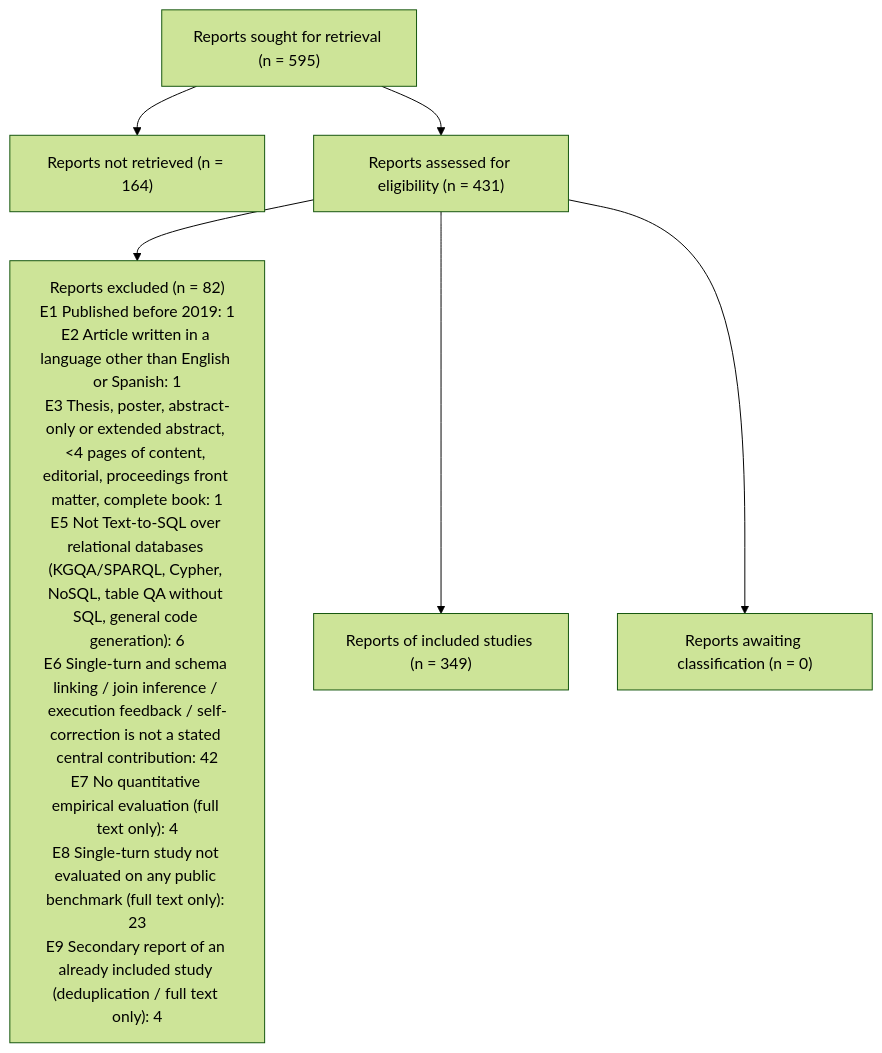
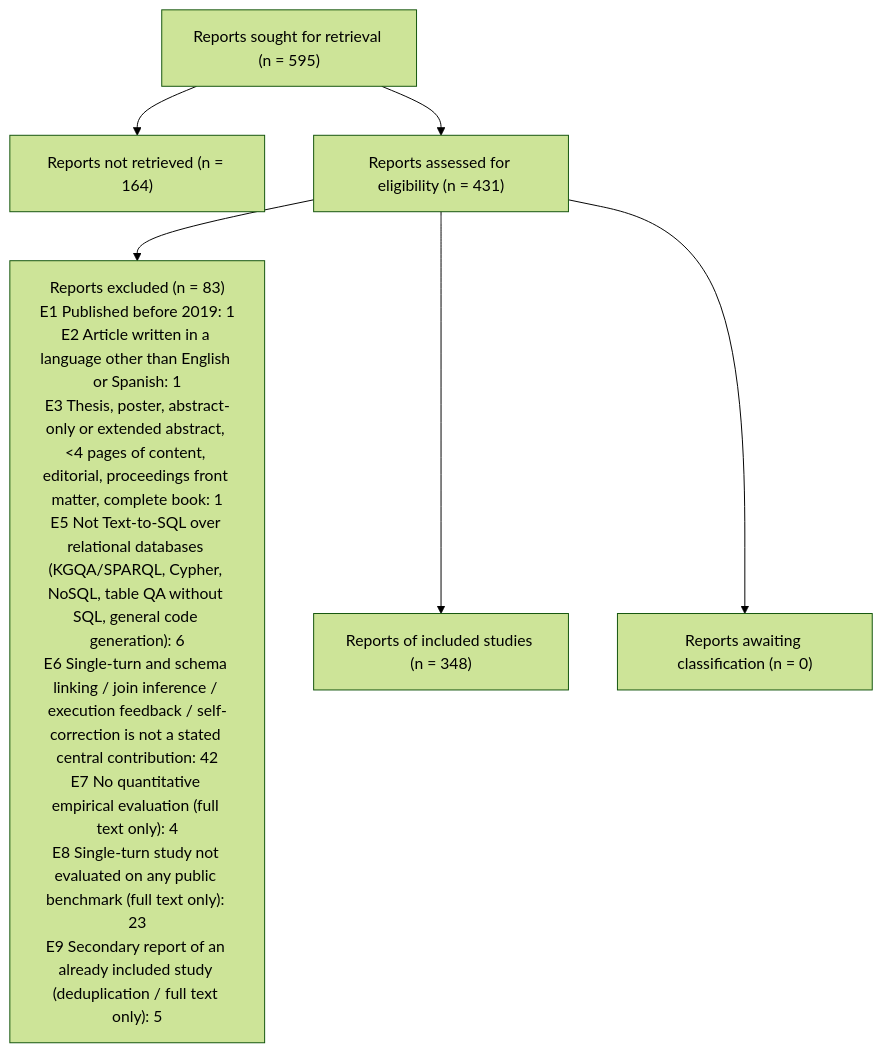
Before and after one commit to angel4luu/rsl-text-to-sql-multiturno: the diagram in slr/cribado/Screening_FT/FT_prisma_counts.md, drawn with Mermaid (forest theme). The commit also changed other lines of this file and 126 other files, not shown here.

````diff
--- a/slr/cribado/Screening_FT/FT_prisma_counts.md
+++ b/slr/cribado/Screening_FT/FT_prisma_counts.md
@@ -3,14 +3,14 @@
 ```mermaid
 flowchart TD
   F["Reports sought for retrieval (n = 595)"]
   N["Reports not retrieved (n = 164)"]
   E["Reports assessed for eligibility (n = 431)"]
-  X["Reports excluded (n = 82)<br/>E1 Published before 2019: 1<br/>E2 Article written in a language other than English or Spanish: 1<br/>E3 Thesis, poster, abstract-only or extended abstract, <4 pages of content, editorial, proceedings front matter, complete book: 1<br/>E5 Not Text-to-SQL over relational databases (KGQA/SPARQL, Cypher, NoSQL, table QA without SQL, general code generation): 6<br/>E6 Single-turn and schema linking / join inference / execution feedback / self-correction is not a stated central contribution: 42<br/>E7 No quantitative empirical evaluation (full text only): 4<br/>E8 Single-turn study not evaluated on any public benchmark (full text only): 23<br/>E9 Secondary report of an already included study (deduplication / full text only): 4"]
-  C["Reports of included studies (n = 349)"]
+  X["Reports excluded (n = 83)<br/>E1 Published before 2019: 1<br/>E2 Article written in a language other than English or Spanish: 1<br/>E3 Thesis, poster, abstract-only or extended abstract, <4 pages of content, editorial, proceedings front matter, complete book: 1<br/>E5 Not Text-to-SQL over relational databases (KGQA/SPARQL, Cypher, NoSQL, table QA without SQL, general code generation): 6<br/>E6 Single-turn and schema linking / join inference / execution feedback / self-correction is not a stated central contribution: 42<br/>E7 No quantitative empirical evaluation (full text only): 4<br/>E8 Single-turn study not evaluated on any public benchmark (full text only): 23<br/>E9 Secondary report of an already included study (deduplication / full text only): 5"]
+  C["Reports of included studies (n = 348)"]
   U["Reports awaiting classification (n = 0)"]
   F --> N
   F --> E
   E --> X
   E --> C
   E --> U
 ```
````
